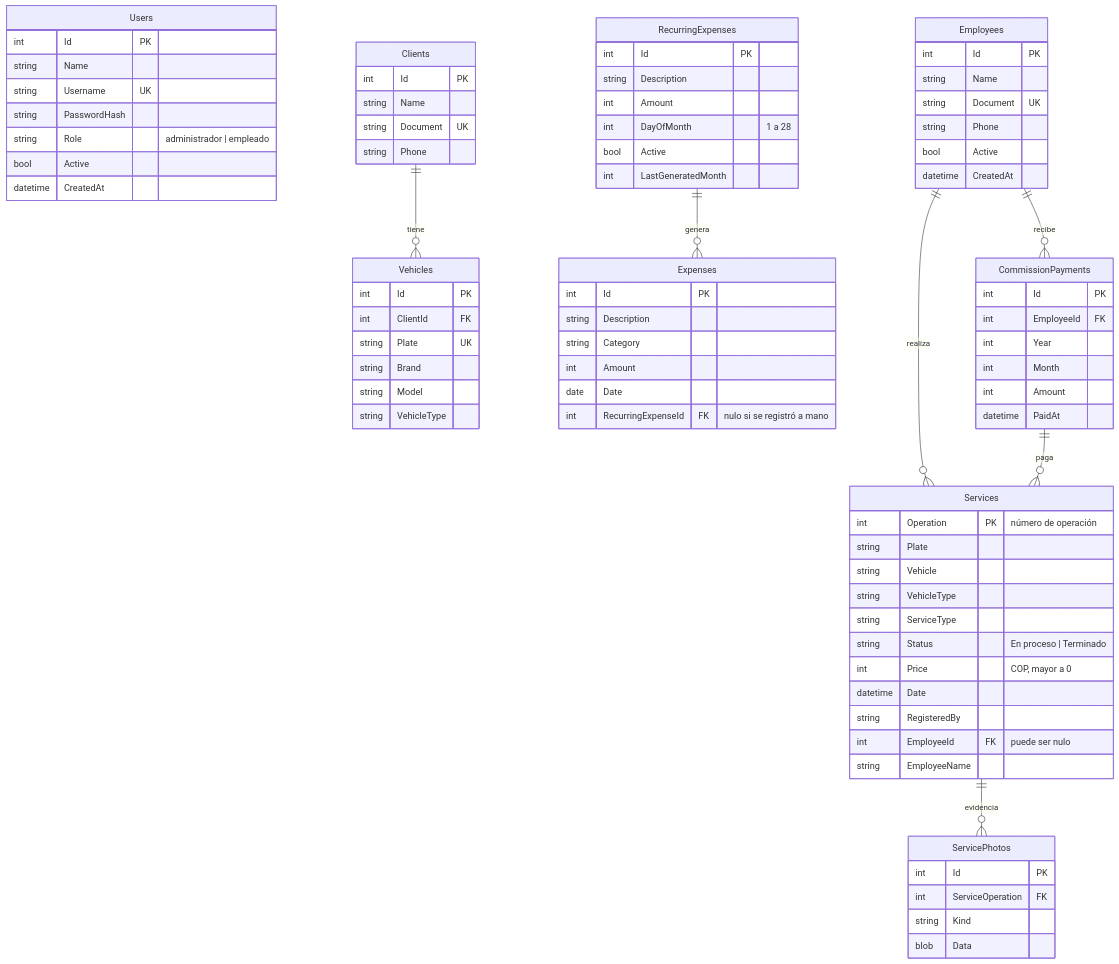
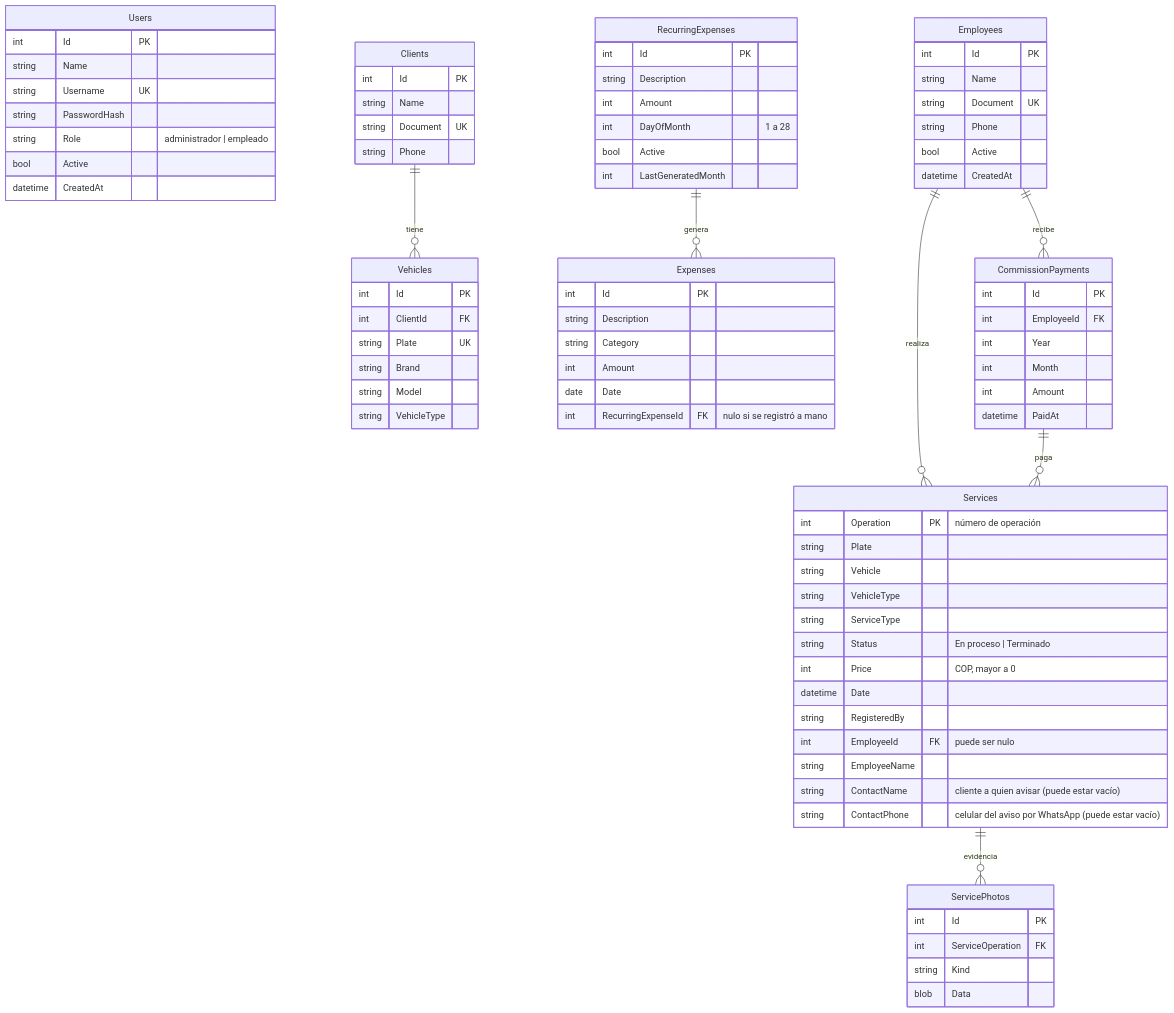
Before and after one commit to Yefry-bit/ALING_BALANCE: the diagram in database/README.md, drawn with Mermaid. The commit also changed 31 other files, not shown here.

```diff
--- a/database/README.md
+++ b/database/README.md
@@ -58,6 +58,8 @@
         string RegisteredBy
         int EmployeeId FK "puede ser nulo"
         string EmployeeName
+        string ContactName "cliente a quien avisar (puede estar vacío)"
+        string ContactPhone "celular del aviso por WhatsApp (puede estar vacío)"
     }
     Clients {
         int Id PK
```
